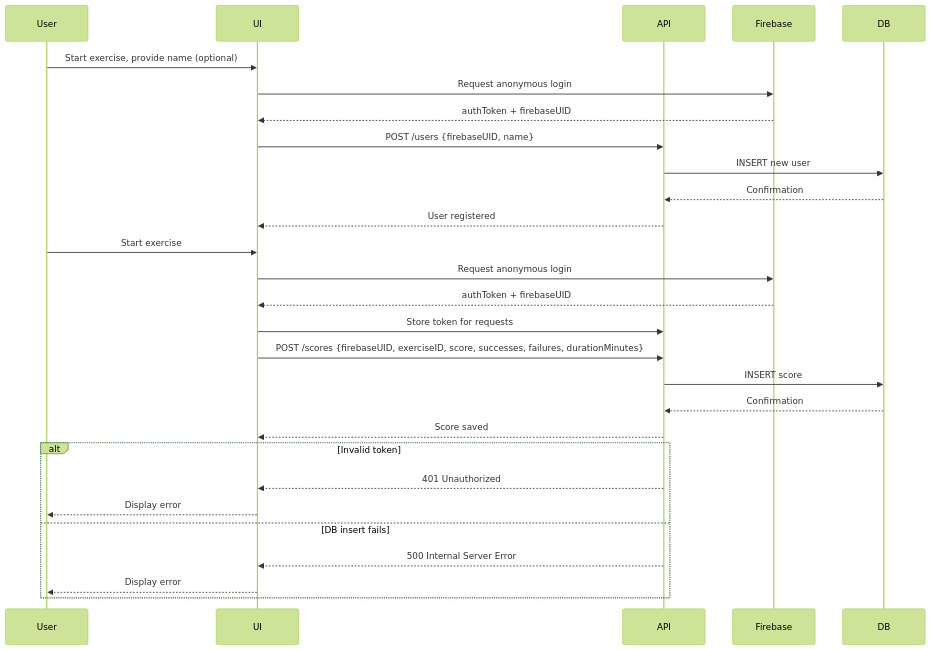
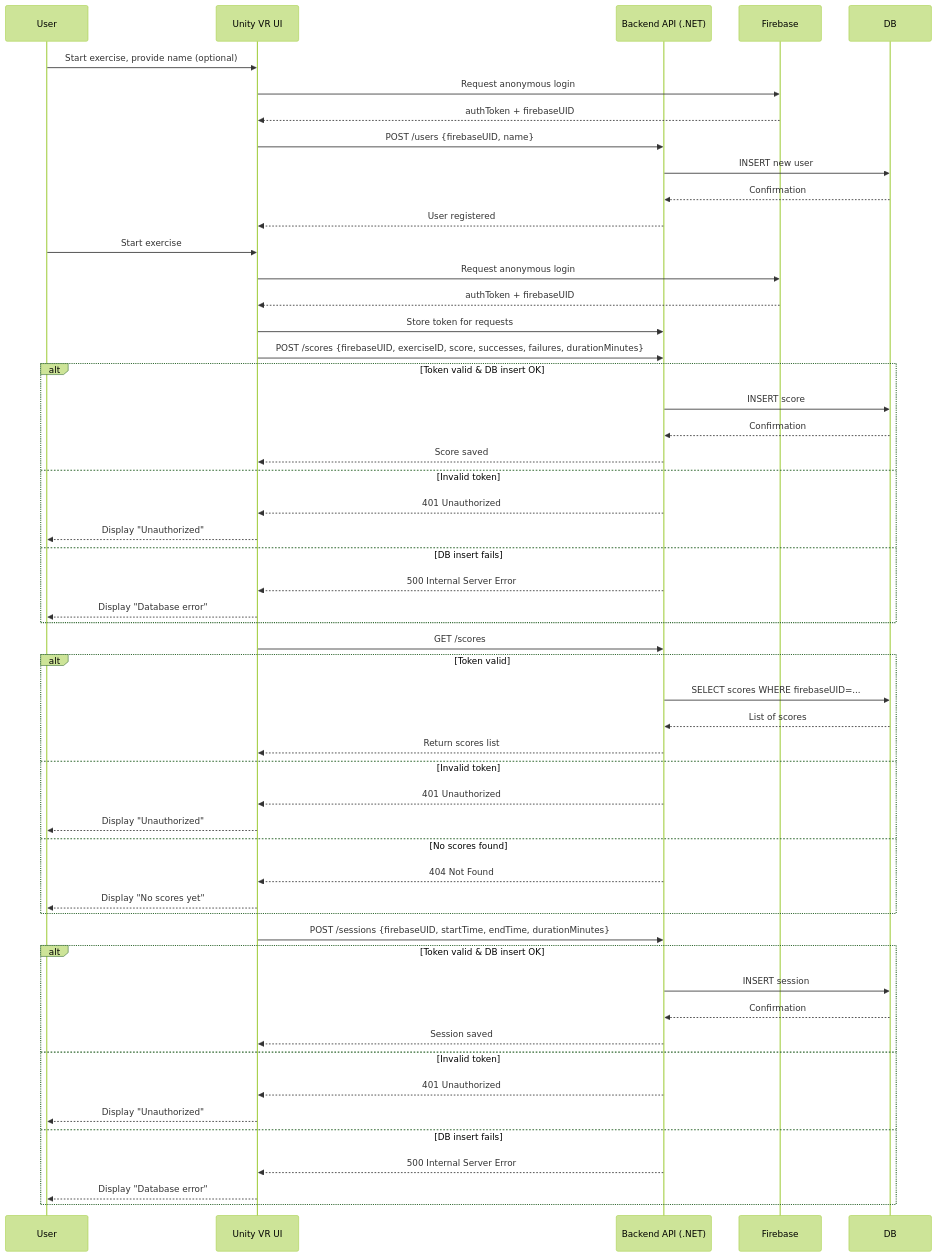
The third of 3 diagrams in portfolio-project/Technical_documentation.md (Sweetyamnesia/BrainBoostVR), drawn with Mermaid (forest theme) before and after one commit. The commit also changed other lines of this file, not shown here.

Commit message:
doc: modification of diagrams

````diff
--- a/portfolio-project/Technical_documentation.md
+++ b/portfolio-project/Technical_documentation.md
@@ -222,38 +224,65 @@
 ```mermaid
 sequenceDiagram
     participant User
-    participant UI
-    participant API
+    participant UnityUI as Unity VR UI
+    participant API as Backend API (.NET)
     participant Firebase
     participant DB
 
     %% Signup (Anonymous)
-    User->>UI: Start exercise, provide name (optional)
-    UI->>Firebase: Request anonymous login
-    Firebase-->>UI: authToken + firebaseUID
-    UI->>API: POST /users {firebaseUID, name}
+    User->>UnityUI: Start exercise, provide name (optional)
+    UnityUI->>Firebase: Request anonymous login
+    Firebase-->>UnityUI: authToken + firebaseUID
+    UnityUI->>API: POST /users {firebaseUID, name}
     API->>DB: INSERT new user
     DB-->>API: Confirmation
-    API-->>UI: User registered
+    API-->>UnityUI: User registered
 
     %% Login (Anonymous)
-    User->>UI: Start exercise
-    UI->>Firebase: Request anonymous login
-    Firebase-->>UI: authToken + firebaseUID
-    UI->>API: Store token for requests
+    User->>UnityUI: Start exercise
+    UnityUI->>Firebase: Request anonymous login
+    Firebase-->>UnityUI: authToken + firebaseUID
+    UnityUI->>API: Store token for requests
 
-    %% Exercise completion
-    UI->>API: POST /scores {firebaseUID, exerciseID, score, successes, failures, durationMinutes}
-    API->>DB: INSERT score
-    DB-->>API: Confirmation
-    API-->>UI: Score saved
+    %% Exercise completion / Score submission
+    UnityUI->>API: POST /scores {firebaseUID, exerciseID, score, successes, failures, durationMinutes}
+    alt Token valid & DB insert OK
+        API->>DB: INSERT score
+        DB-->>API: Confirmation
+        API-->>UnityUI: Score saved
+    else Invalid token
+        API-->>UnityUI: 401 Unauthorized
+        UnityUI-->>User: Display "Unauthorized"
+    else DB insert fails
+        API-->>UnityUI: 500 Internal Server Error
+        UnityUI-->>User: Display "Database error"
+    end
 
-    %% Error handling
-    alt Invalid token
-        API-->>UI: 401 Unauthorized
-        UI-->>User: Display error
+    %% Retrieve scores history
+    UnityUI->>API: GET /scores
+    alt Token valid
+        API->>DB: SELECT scores WHERE firebaseUID=...
+        DB-->>API: List of scores
+        API-->>UnityUI: Return scores list
+    else Invalid token
+        API-->>UnityUI: 401 Unauthorized
+        UnityUI-->>User: Display "Unauthorized"
+    else No scores found
+        API-->>UnityUI: 404 Not Found
+        UnityUI-->>User: Display "No scores yet"
+    end
+
+    %% Session tracking
+    UnityUI->>API: POST /sessions {firebaseUID, startTime, endTime, durationMinutes}
+    alt Token valid & DB insert OK
+        API->>DB: INSERT session
+        DB-->>API: Confirmation
+        API-->>UnityUI: Session saved
+    else Invalid token
+        API-->>UnityUI: 401 Unauthorized
+        UnityUI-->>User: Display "Unauthorized"
     else DB insert fails
-        API-->>UI: 500 Internal Server Error
-        UI-->>User: Display error
+        API-->>UnityUI: 500 Internal Server Error
+        UnityUI-->>User: Display "Database error"
     end
 ```
````
